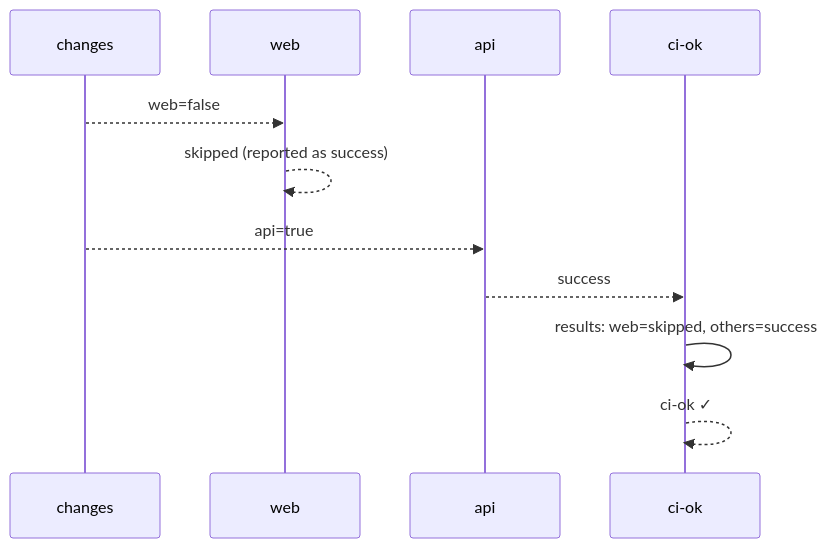
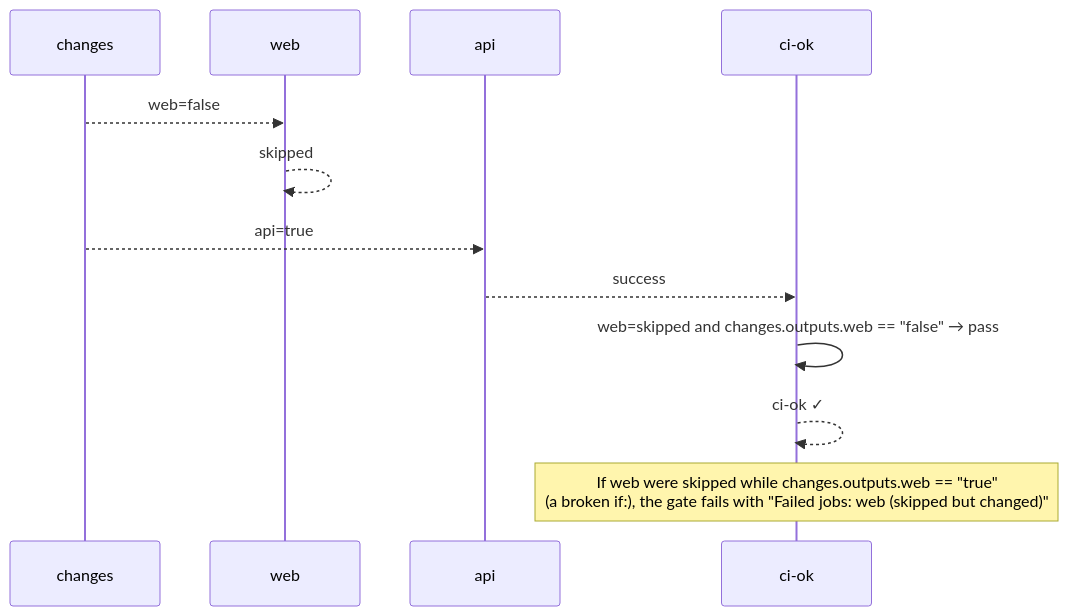
Before and after one commit to TheSiddheshFulawade/portfolio: the fourth of 6 diagrams in specs/001-monorepo-tooling/design.md, drawn with Mermaid. The commit also changed other lines of this file and 2 other files, not shown here.

First line of the commit message:
docs(spec): 001 security revision for mvnw, CI gate and Renovate

````diff
--- a/specs/001-monorepo-tooling/design.md
+++ b/specs/001-monorepo-tooling/design.md
@@ -288,13 +327,14 @@
 ```mermaid
 sequenceDiagram
   participant CH as changes
   participant W as web
   participant A as api
   participant G as ci-ok
   CH-->>W: web=false
-  W-->>W: skipped (reported as success)
+  W-->>W: skipped
   CH-->>A: api=true
   A-->>G: success
-  G->>G: results: web=skipped, others=success
+  G->>G: web=skipped and changes.outputs.web == "false" → pass
   G-->>G: ci-ok ✓
+  Note over G: If web were skipped while changes.outputs.web == "true"<br/>(a broken if:), the gate fails with "Failed jobs: web (skipped but changed)"
 ```
````
